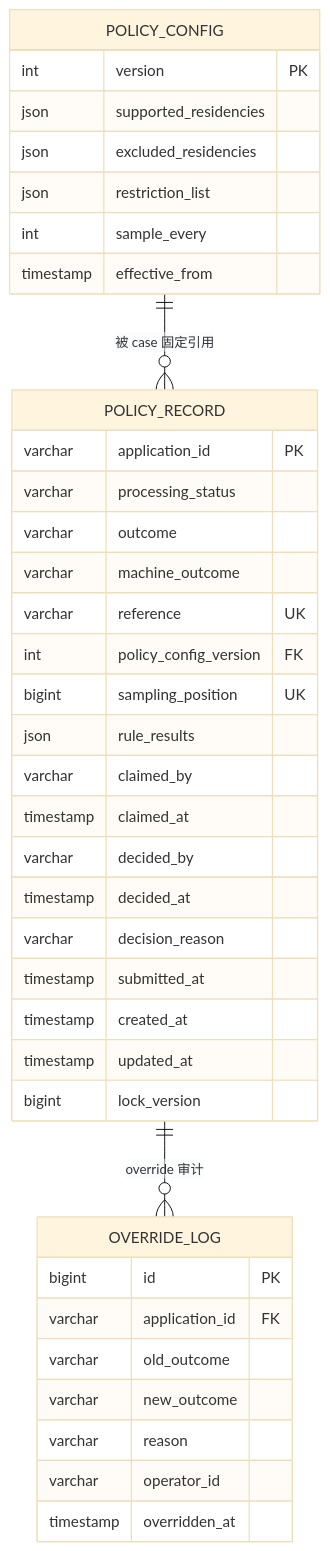
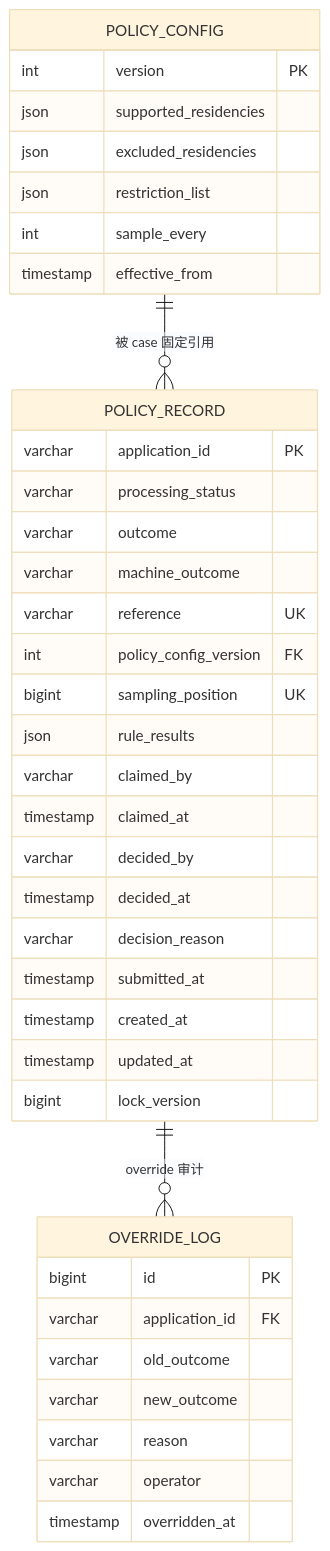
Before and after one commit to Neueda-Learning/neo-02: the first of 4 diagrams in docs/schema-design.zh-CN.md, drawn with Mermaid (base theme). The commit also changed other lines of this file and 1 other file, not shown here.

Commit message:
docs: clarify policy data flow and operator contract

````diff
--- a/docs/schema-design.zh-CN.md
+++ b/docs/schema-design.zh-CN.md
@@ -77,44 +77,44 @@
 ```mermaid
 erDiagram
     POLICY_CONFIG ||--o{ POLICY_RECORD : "被 case 固定引用"
     POLICY_RECORD ||--o{ OVERRIDE_LOG : "override 审计"
 
     POLICY_RECORD {
         varchar application_id PK
         varchar processing_status
         varchar outcome
         varchar machine_outcome
         varchar reference UK
         int policy_config_version FK
         bigint sampling_position UK
         json rule_results
         varchar claimed_by
         timestamp claimed_at
         varchar decided_by
         timestamp decided_at
         varchar decision_reason
         timestamp submitted_at
         timestamp created_at
         timestamp updated_at
         bigint lock_version
     }
 
     POLICY_CONFIG {
         int version PK
         json supported_residencies
         json excluded_residencies
         json restriction_list
         int sample_every
         timestamp effective_from
     }
 
     OVERRIDE_LOG {
         bigint id PK
         varchar application_id FK
         varchar old_outcome
         varchar new_outcome
         varchar reason
-        varchar operator_id
+        varchar operator
         timestamp overridden_at
     }
 ```
````
